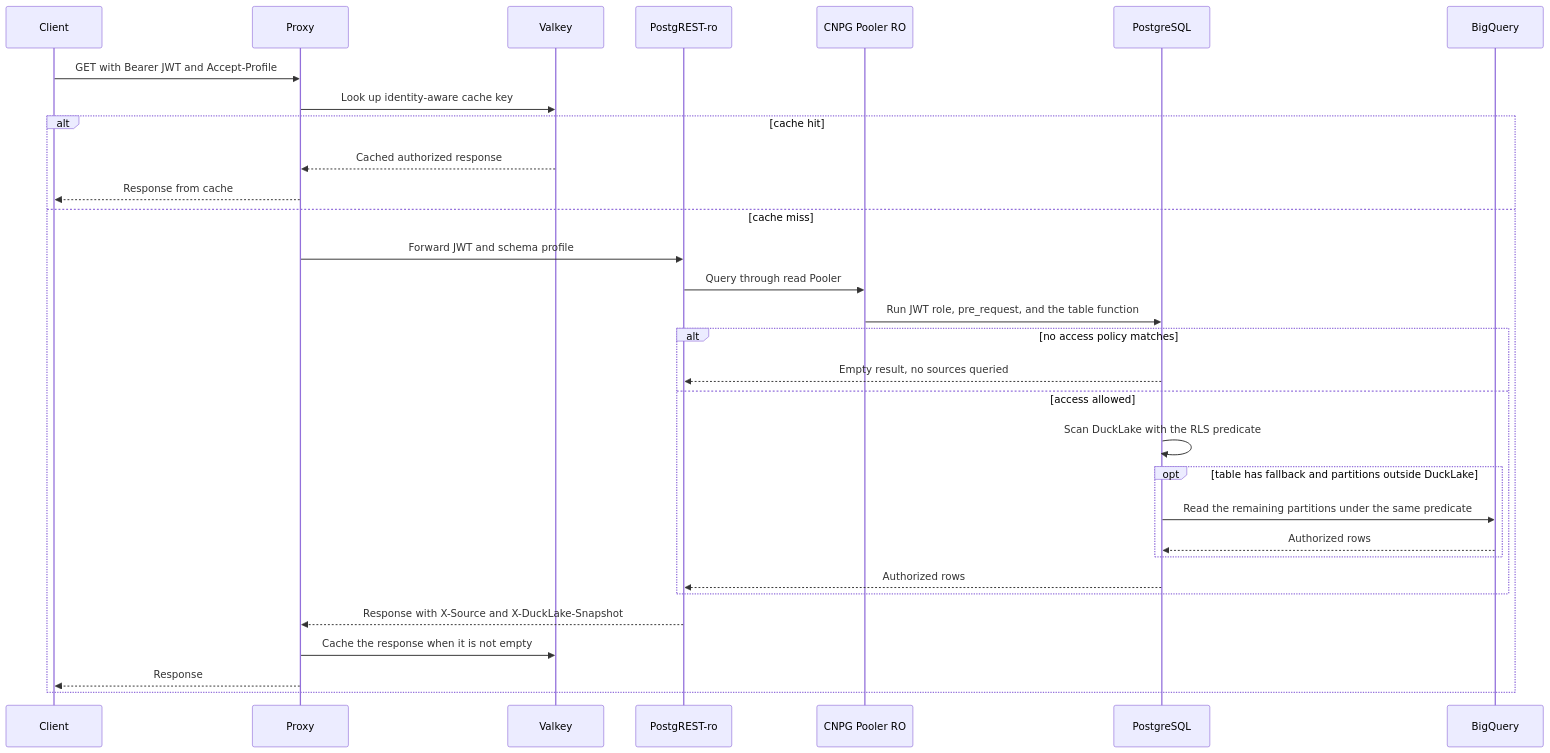
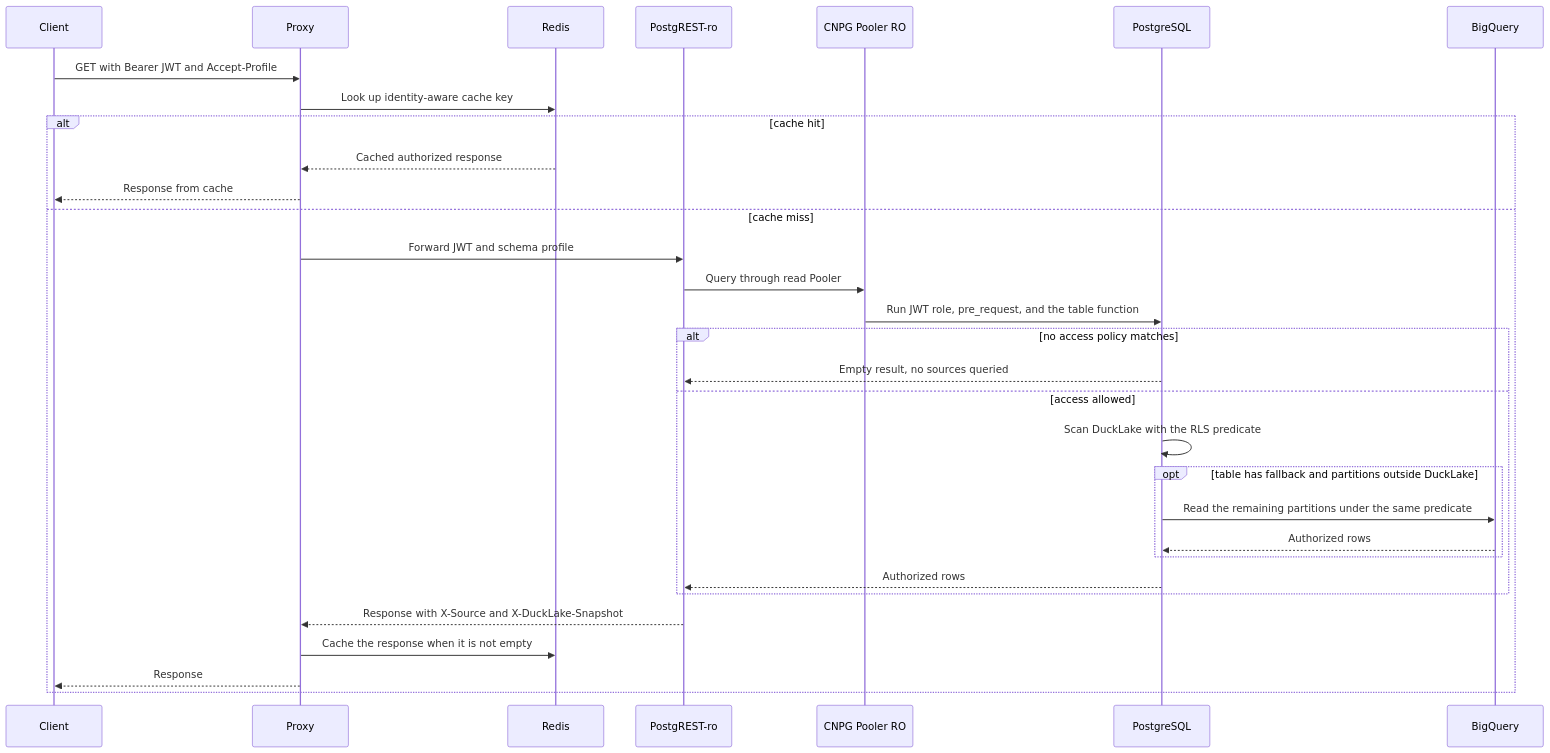
One commit to prefeitura-rio/data-proxy changed the second of 2 diagrams in docs/security.md. Above: the diagram before and after it, drawn with Mermaid. The commit also changed 9 other files, not shown here.

````diff
--- a/docs/security.md
+++ b/docs/security.md
@@ -186,34 +186,34 @@
 ```mermaid
 sequenceDiagram
     participant C as Client
     participant N as Proxy
-    participant R as Valkey
+    participant R as Redis
     participant P as PostgREST-ro
     participant RP as CNPG Pooler RO
     participant DB as PostgreSQL
     participant BQ as BigQuery
 
     C->>N: GET with Bearer JWT and Accept-Profile
     N->>R: Look up identity-aware cache key
     alt cache hit
         R-->>N: Cached authorized response
         N-->>C: Response from cache
     else cache miss
         N->>P: Forward JWT and schema profile
         P->>RP: Query through read Pooler
         RP->>DB: Run JWT role, pre_request, and the table function
         alt no access policy matches
             DB-->>P: Empty result, no sources queried
         else access allowed
             DB->>DB: Scan DuckLake with the RLS predicate
             opt table has fallback and partitions outside DuckLake
                 DB->>BQ: Read the remaining partitions under the same predicate
                 BQ-->>DB: Authorized rows
             end
             DB-->>P: Authorized rows
         end
         P-->>N: Response with X-Source and X-DuckLake-Snapshot
         N->>R: Cache the response when it is not empty
         N-->>C: Response
     end
 ```
````
